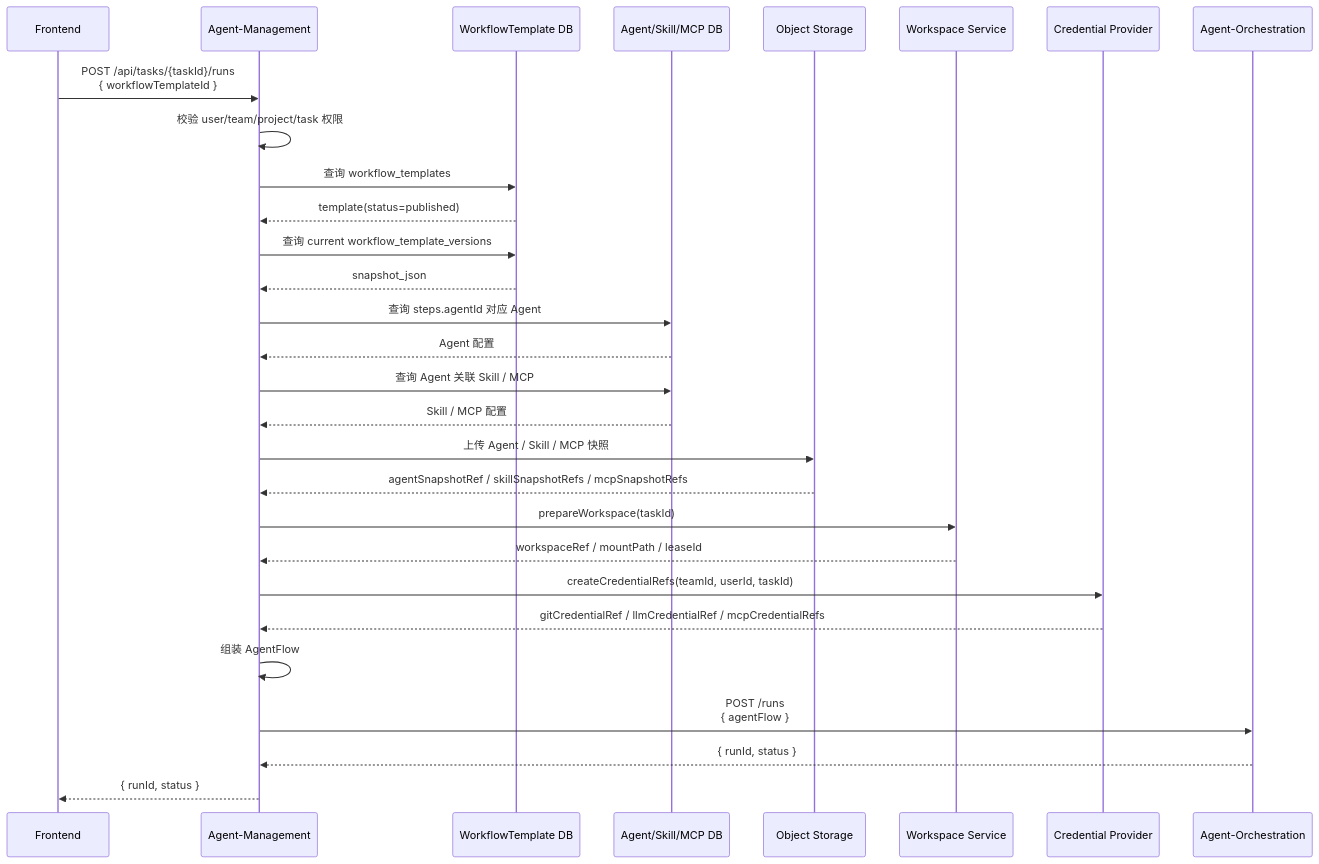
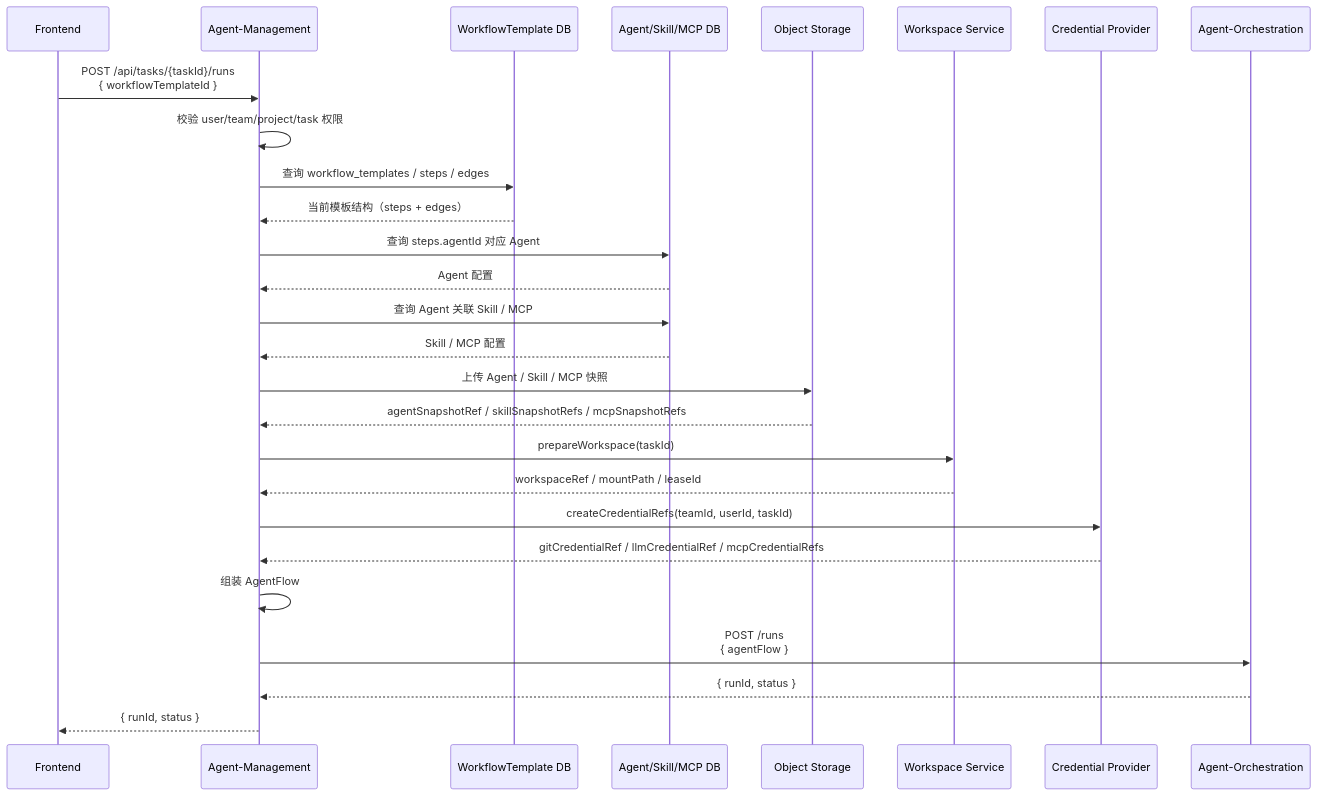
The diagram in docs/superpowers/specs/2026-05-30-orchestrator-agentflow-workflow-template-design.md (Josephtao584/devops-kanban), drawn with Mermaid before and after one commit. The commit also changed other lines of this file, not shown here.

Commit message:
docs(spec): 去掉 Workflow 模板版本表，运行隔离由 AgentFlow 快照保证

````diff
--- a/docs/superpowers/specs/2026-05-30-orchestrator-agentflow-workflow-template-design.md
+++ b/docs/superpowers/specs/2026-05-30-orchestrator-agentflow-workflow-template-design.md
@@ -395,43 +390,40 @@
 ```mermaid
 sequenceDiagram
     participant FE as Frontend
     participant BE as Agent-Management
     participant TPL as WorkflowTemplate DB
     participant AG as Agent/Skill/MCP DB
     participant OS as Object Storage
     participant WS as Workspace Service
     participant CP as Credential Provider
     participant OR as Agent-Orchestration
 
     FE->>BE: POST /api/tasks/{taskId}/runs<br/>{ workflowTemplateId }
 
     BE->>BE: 校验 user/team/project/task 权限
 
-    BE->>TPL: 查询 workflow_templates
-    TPL-->>BE: template(status=published)
-
-    BE->>TPL: 查询 current workflow_template_versions
-    TPL-->>BE: snapshot_json
+    BE->>TPL: 查询 workflow_templates / steps / edges
+    TPL-->>BE: 当前模板结构（steps + edges）
 
     BE->>AG: 查询 steps.agentId 对应 Agent
     AG-->>BE: Agent 配置
 
     BE->>AG: 查询 Agent 关联 Skill / MCP
     AG-->>BE: Skill / MCP 配置
 
     BE->>OS: 上传 Agent / Skill / MCP 快照
     OS-->>BE: agentSnapshotRef / skillSnapshotRefs / mcpSnapshotRefs
 
     BE->>WS: prepareWorkspace(taskId)
     WS-->>BE: workspaceRef / mountPath / leaseId
 
     BE->>CP: createCredentialRefs(teamId, userId, taskId)
     CP-->>BE: gitCredentialRef / llmCredentialRef / mcpCredentialRefs
 
     BE->>BE: 组装 AgentFlow
 
     BE->>OR: POST /runs<br/>{ agentFlow }
     OR-->>BE: { runId, status }
 
     BE-->>FE: { runId, status }
 ```
````
